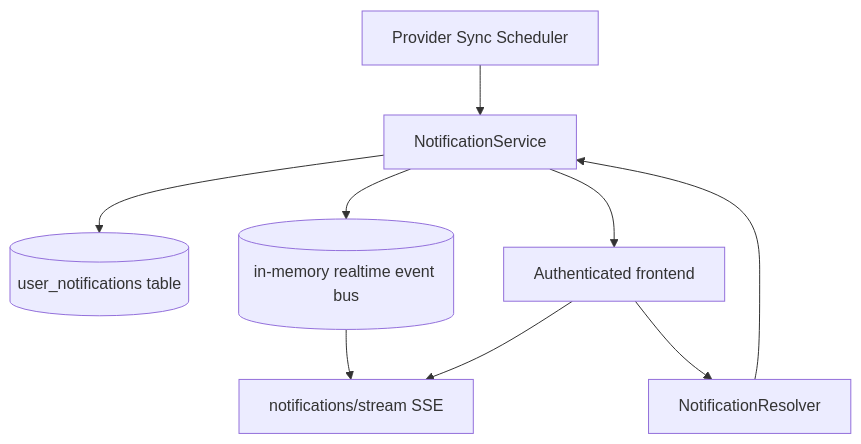
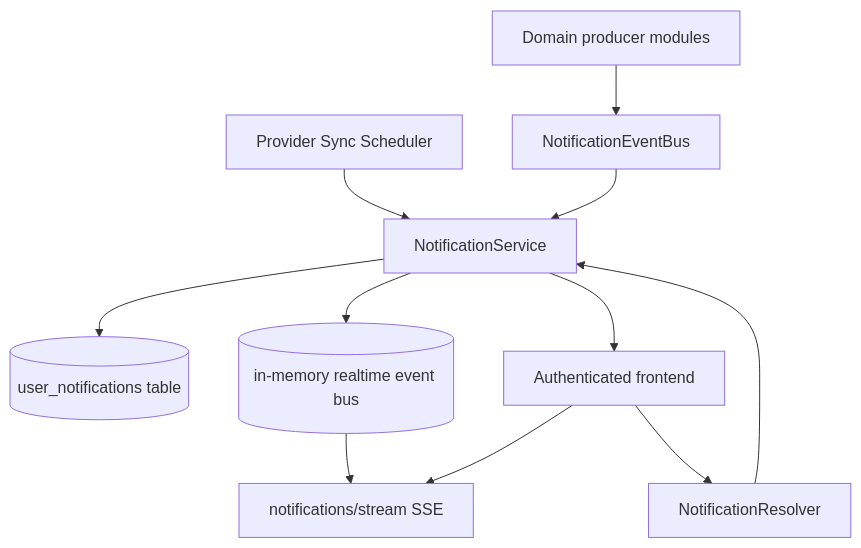
Before and after one commit to AmanVatsSharma/MailZen-Smart-Email-Management: the diagram in apps/backend/src/notification/README.md, drawn with Mermaid. The commit also changed other lines of this file and 21 other files, not shown here.

Commit message:
Introduce notification domain event bus abstraction

````diff
--- a/apps/backend/src/notification/README.md
+++ b/apps/backend/src/notification/README.md
@@ -89,11 +95,13 @@
 ```mermaid
 flowchart TD
   Scheduler[Provider Sync Scheduler] --> NotificationService
+  Producer[Domain producer modules] --> NotificationEventBus
+  NotificationEventBus --> NotificationService
   NotificationService --> Repo[(user_notifications table)]
   NotificationService --> RealtimeBus[(in-memory realtime event bus)]
   RealtimeBus --> NotificationStream[notifications/stream SSE]
   UserUI[Authenticated frontend] --> NotificationResolver
   UserUI --> NotificationStream
   NotificationResolver --> NotificationService
   NotificationService --> UserUI
 ```
````
